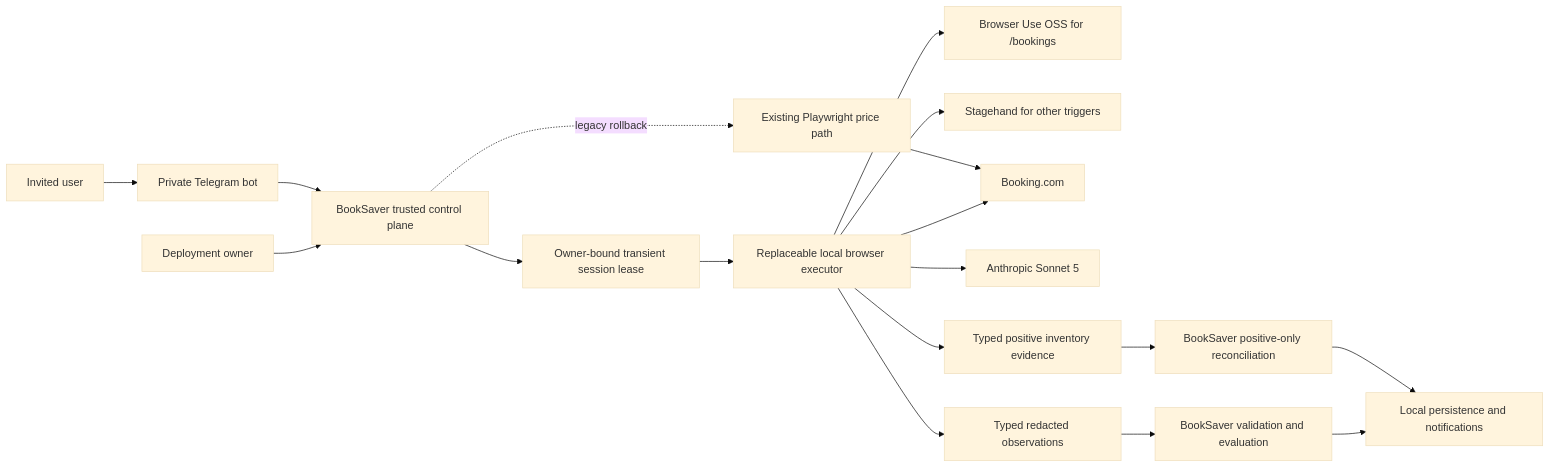
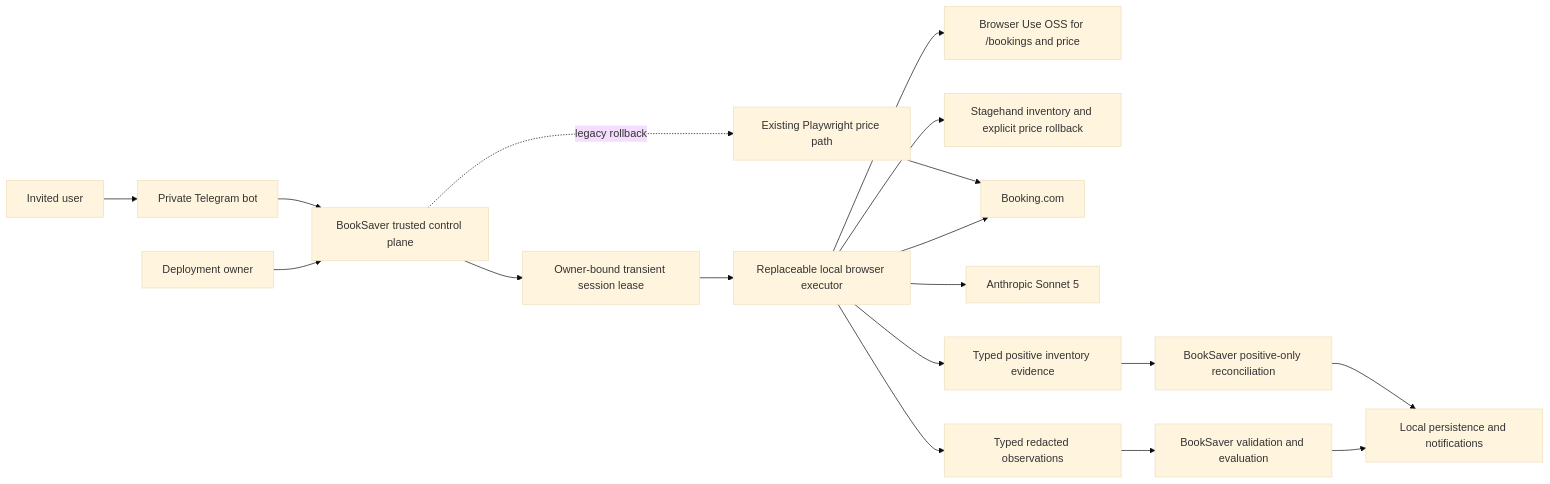
One commit to romkagribok/booksaver-agent changed the diagram in memory-bank/intents/023-replaceable-agentic-browser-executor/system-context.md. Above: the diagram before and after it, drawn with Mermaid (base theme). The commit also changed other lines of this file and 47 other files, not shown here.

````diff
--- a/memory-bank/intents/023-replaceable-agentic-browser-executor/system-context.md
+++ b/memory-bank/intents/023-replaceable-agentic-browser-executor/system-context.md
@@ -83,20 +84,20 @@
 ```mermaid
 flowchart LR
     owner["Deployment owner"] --> control["BookSaver trusted control plane"]
     invitee["Invited user"] --> telegram["Private Telegram bot"]
     telegram --> control
     control --> lease["Owner-bound transient session lease"]
     lease --> executor["Replaceable local browser executor"]
-    executor --> browseruse["Browser Use OSS for /bookings"]
-    executor --> stagehand["Stagehand for other triggers"]
+    executor --> browseruse["Browser Use OSS for /bookings and price"]
+    executor --> stagehand["Stagehand inventory and explicit price rollback"]
     executor --> booking["Booking.com"]
     executor --> anthropic["Anthropic Sonnet 5"]
     executor --> evidence["Typed redacted observations"]
     evidence --> validation["BookSaver validation and evaluation"]
     executor --> inventory["Typed positive inventory evidence"]
     inventory --> reconcile["BookSaver positive-only reconciliation"]
     validation --> persistence["Local persistence and notifications"]
     reconcile --> persistence
     control -. "legacy rollback" .-> legacy["Existing Playwright price path"]
     legacy --> booking
 ```
````
